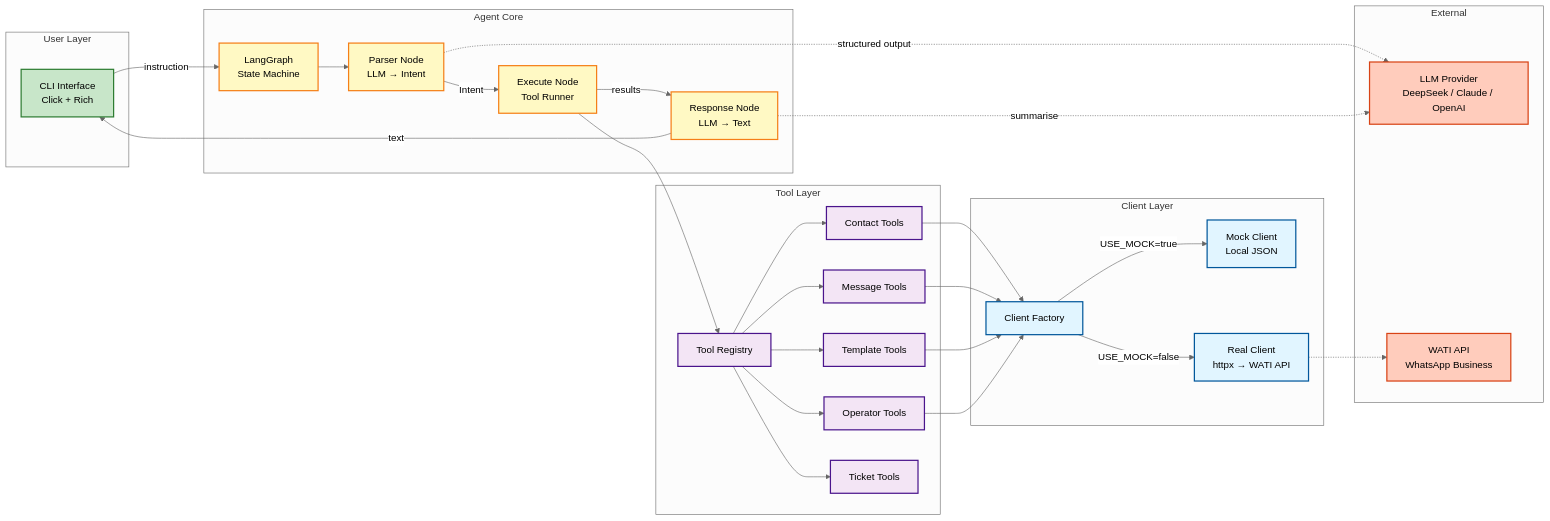
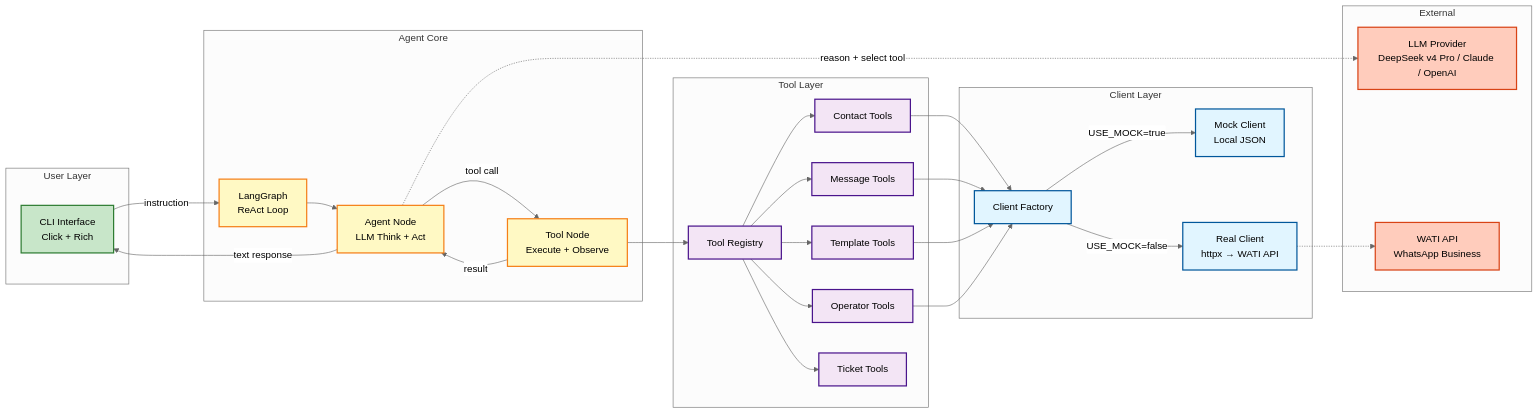
One commit to BESTBBZED/wati-conductor changed the first of 6 diagrams in docs/architecture.md. Above: the diagram before and after it, drawn with Mermaid (neutral theme). The commit also changed other lines of this file and 18 other files, not shown here.

````diff
--- a/docs/architecture.md
+++ b/docs/architecture.md
@@ -7,61 +7,59 @@
 ```mermaid
 graph LR
     subgraph User Layer
         CLI[CLI Interface<br/>Click + Rich]
     end
 
     subgraph Agent Core
-        GRAPH[LangGraph<br/>State Machine]
-        PARSE[Parser Node<br/>LLM → Intent]
-        EXEC[Execute Node<br/>Tool Runner]
-        RESP[Response Node<br/>LLM → Text]
+        GRAPH[LangGraph<br/>ReAct Loop]
+        AGENT[Agent Node<br/>LLM Think + Act]
+        TOOL[Tool Node<br/>Execute + Observe]
     end
 
     subgraph Tool Layer
         REG[Tool Registry]
         CT[Contact Tools]
         MT[Message Tools]
         TT[Template Tools]
         OT[Operator Tools]
         TK[Ticket Tools]
     end
 
     subgraph Client Layer
         FAC[Client Factory]
         MOCK[Mock Client<br/>Local JSON]
         REAL[Real Client<br/>httpx → WATI API]
     end
 
     subgraph External
-        LLM[LLM Provider<br/>DeepSeek / Claude / OpenAI]
+        LLM[LLM Provider<br/>DeepSeek v4 Pro / Claude / OpenAI]
         WATI[WATI API<br/>WhatsApp Business]
     end
 
     CLI -->|instruction| GRAPH
-    GRAPH --> PARSE
-    PARSE -->|Intent| EXEC
-    EXEC -->|results| RESP
-    RESP -->|text| CLI
+    GRAPH --> AGENT
+    AGENT -->|tool call| TOOL
+    TOOL -->|result| AGENT
+    AGENT -->|text response| CLI
 
-    PARSE -.->|structured output| LLM
-    RESP -.->|summarise| LLM
+    AGENT -.->|reason + select tool| LLM
 
-    EXEC --> REG
+    TOOL --> REG
     REG --> CT & MT & TT & OT & TK
     CT & MT & TT & OT --> FAC
     FAC -->|USE_MOCK=true| MOCK
     FAC -->|USE_MOCK=false| REAL
     REAL -.-> WATI
 
     classDef user fill:#c8e6c9,stroke:#2e7d32,stroke-width:2px,color:#000
     classDef agent fill:#fff9c4,stroke:#f57f17,stroke-width:2px,color:#000
     classDef tool fill:#f3e5f5,stroke:#4a148c,stroke-width:2px,color:#000
     classDef client fill:#e1f5ff,stroke:#01579b,stroke-width:2px,color:#000
     classDef external fill:#ffccbc,stroke:#d84315,stroke-width:2px,color:#000
 
     class CLI user
-    class GRAPH,PARSE,EXEC,RESP agent
+    class GRAPH,AGENT,TOOL agent
     class REG,CT,MT,TT,OT,TK tool
     class FAC,MOCK,REAL client
     class LLM,WATI external
 ```
````
